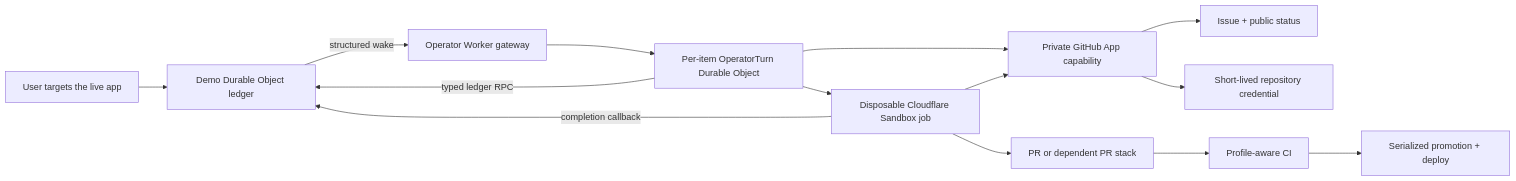
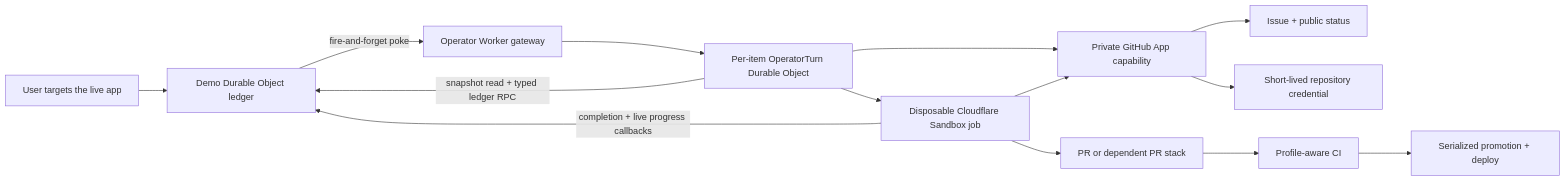
Before and after one commit to callil/autonomous-live-chat: the diagram in docs/architecture.md, drawn with Mermaid. The commit also changed other lines of this file and 1 other file, not shown here.

Commit message:
Describe the simplified event-driven flow honestly
Architecture and operations now document the real mechanism: pokes plus
one sweep, per-item DO lifecycle with adaptive budgets, live runner
progress, and the two runaway brakes — no leases, wake records, or
delivery attempts to explain.

````diff
--- a/docs/architecture.md
+++ b/docs/architecture.md
@@ -16,16 +16,16 @@
 ```mermaid
 flowchart LR
     User["User targets the live app"] --> Room["Demo Durable Object ledger"]
-    Room -- "structured wake" --> Gateway["Operator Worker gateway"]
+    Room -- "fire-and-forget poke" --> Gateway["Operator Worker gateway"]
     Gateway --> Turn["Per-item OperatorTurn Durable Object"]
-    Turn -- "typed ledger RPC" --> Room
+    Turn -- "snapshot read + typed ledger RPC" --> Room
     Turn --> GitHub["Private GitHub App capability"]
     GitHub --> Issue["Issue + public status"]
     Turn --> Runner["Disposable Cloudflare Sandbox job"]
     Runner --> GitHub
     GitHub --> Git["Short-lived repository credential"]
-    Runner -- "completion callback" --> Room
+    Runner -- "completion + live progress callbacks" --> Room
     Runner --> Stack["PR or dependent PR stack"]
     Stack --> CI["Profile-aware CI"]
     CI --> Promote["Serialized promotion + deploy"]
 ```
````
